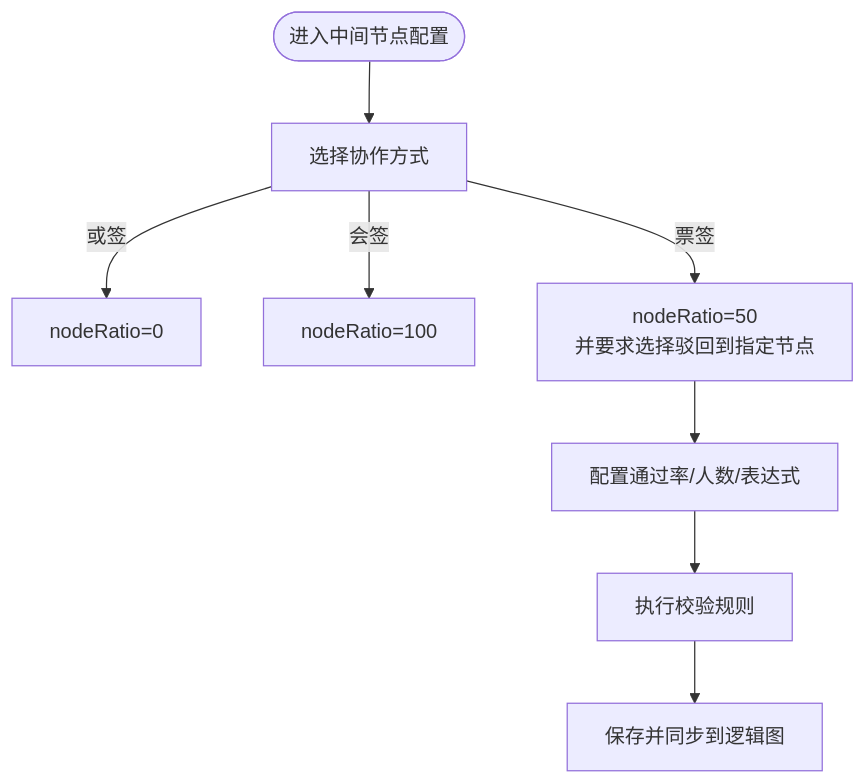
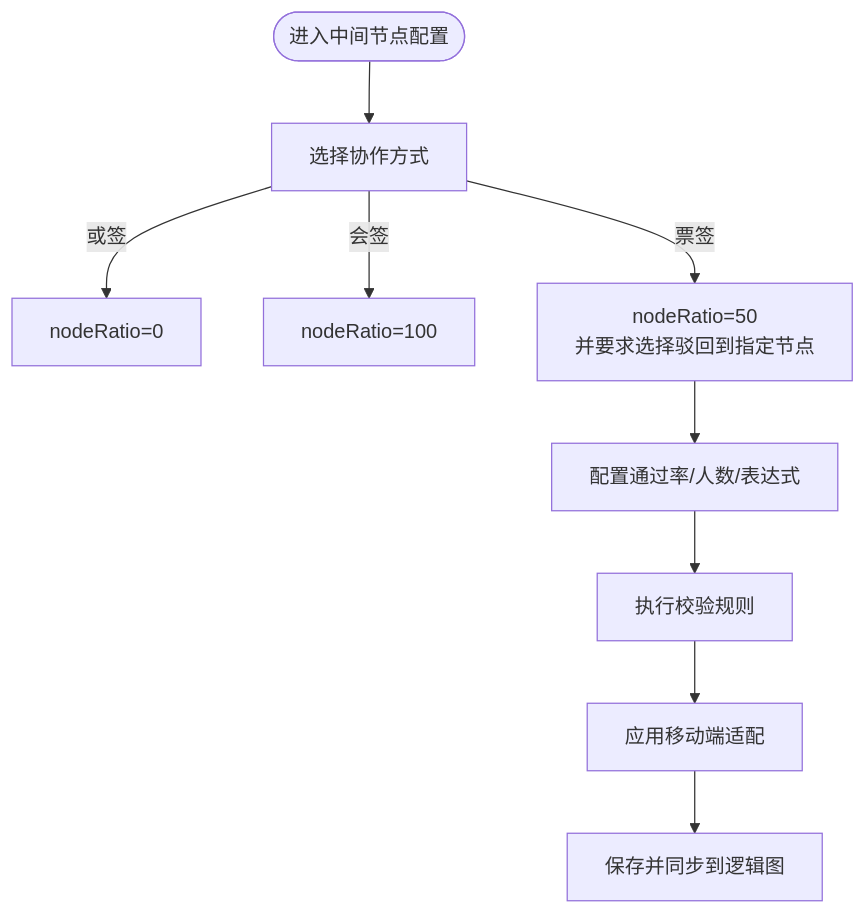
One commit to dromara/warm-flow changed the fourth of 8 diagrams in .qoder/repowiki/zh/content/可视化设计器/节点属性配置.md. Above: the diagram before and after it, drawn with Mermaid. The commit also changed other lines of this file and 18 other files, not shown here.

````diff
--- a/.qoder/repowiki/zh/content/可视化设计器/节点属性配置.md
+++ b/.qoder/repowiki/zh/content/可视化设计器/节点属性配置.md
@@ -175,10 +200,11 @@
 ```mermaid
 flowchart TD
 Enter(["进入中间节点配置"]) --> Mode["选择协作方式"]
 Mode --> |或签| Ratio0["nodeRatio=0"]
 Mode --> |会签| Ratio100["nodeRatio=100"]
 Mode --> |票签| Ratio50["nodeRatio=50<br/>并要求选择驳回到指定节点"]
 Ratio50 --> Expr["配置通过率/人数/表达式"]
 Expr --> Validate["执行校验规则"]
-Validate --> Done["保存并同步到逻辑图"]
+Validate --> Responsive["应用移动端适配"]
+Responsive --> Done["保存并同步到逻辑图"]
 ```
````
